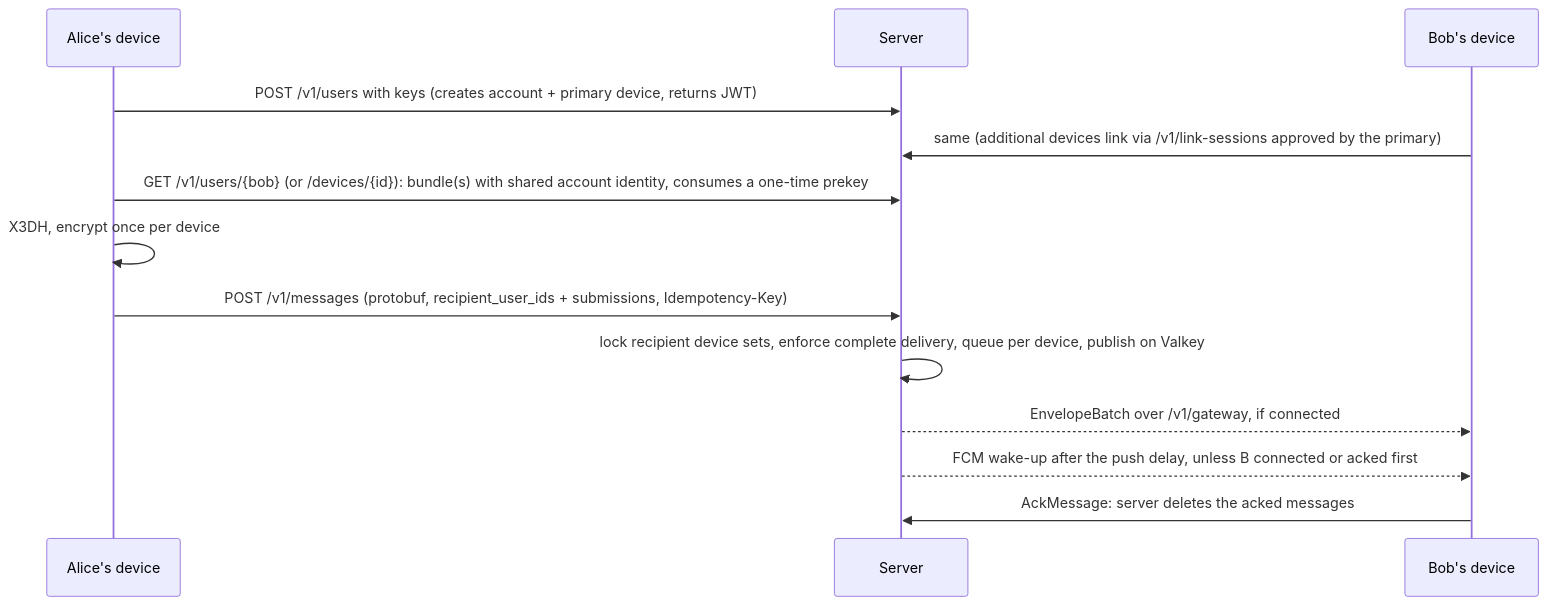
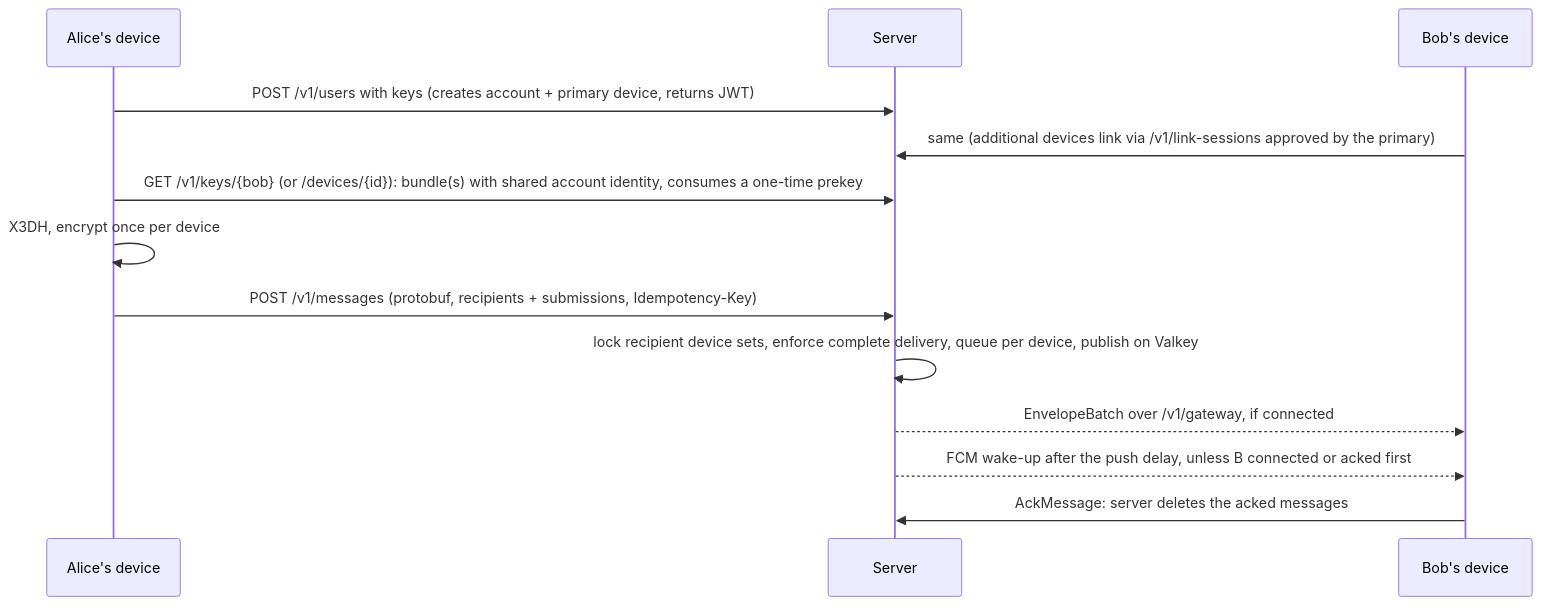
Before and after one commit to obscura-messaging/obscura-server: the diagram in docs/ARCHITECTURE.md, drawn with Mermaid. The commit also changed other lines of this file and 41 other files, not shown here.

````diff
--- a/docs/ARCHITECTURE.md
+++ b/docs/ARCHITECTURE.md
@@ -7,16 +7,16 @@
 ```mermaid
 sequenceDiagram
     participant A as Alice's device
     participant S as Server
     participant B as Bob's device
 
     A->>S: POST /v1/users with keys (creates account + primary device, returns JWT)
     B->>S: same (additional devices link via /v1/link-sessions approved by the primary)
-    A->>S: GET /v1/users/{bob} (or /devices/{id}): bundle(s) with shared account identity, consumes a one-time prekey
+    A->>S: GET /v1/keys/{bob} (or /devices/{id}): bundle(s) with shared account identity, consumes a one-time prekey
     A->>A: X3DH, encrypt once per device
-    A->>S: POST /v1/messages (protobuf, recipient_user_ids + submissions, Idempotency-Key)
+    A->>S: POST /v1/messages (protobuf, recipients + submissions, Idempotency-Key)
     S->>S: lock recipient device sets, enforce complete delivery, queue per device, publish on Valkey
     S-->>B: EnvelopeBatch over /v1/gateway, if connected
     S-->>B: FCM wake-up after the push delay, unless B connected or acked first
     B->>S: AckMessage: server deletes the acked messages
 ```
````
